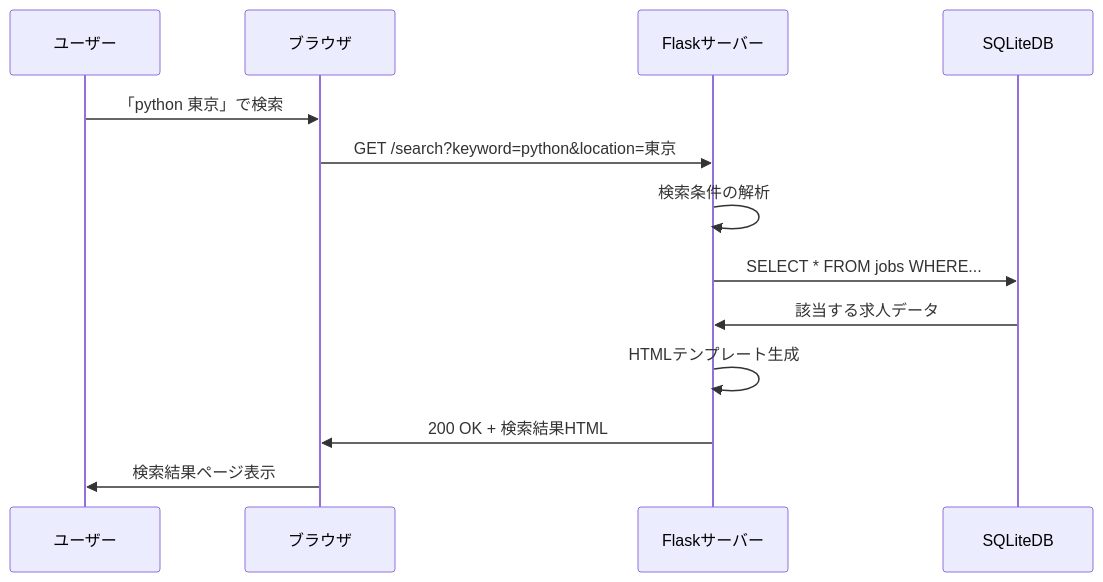
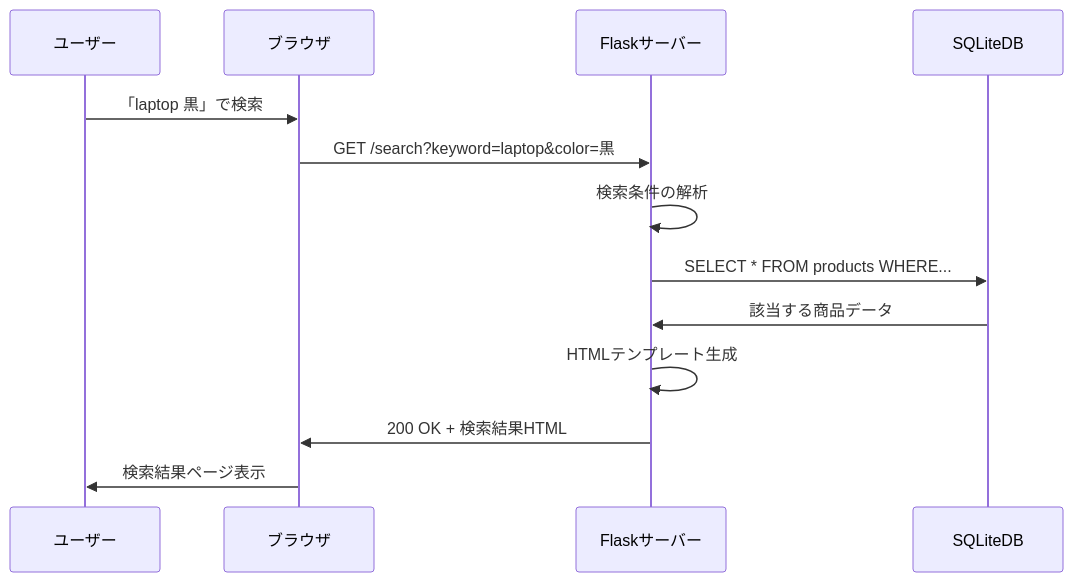
The fourth of 6 diagrams in docs/02_Web基礎理解/02_必須_クライアントサーバーモデル.md (Monzi-takuya/web-fundamentals-for-non-engineers), drawn with Mermaid before and after one commit. The commit also changed other lines of this file and 4 other files, not shown here.

````diff
--- a/docs/02_Web基礎理解/02_必須_クライアントサーバーモデル.md
+++ b/docs/02_Web基礎理解/02_必須_クライアントサーバーモデル.md
@@ -252,16 +252,16 @@
 ```mermaid
 sequenceDiagram
     participant U as ユーザー
     participant B as ブラウザ
     participant S as Flaskサーバー
     participant D as SQLiteDB
     
-    U->>B: 「python 東京」で検索
-    B->>S: GET /search?keyword=python&location=東京
+    U->>B: 「laptop 黒」で検索
+    B->>S: GET /search?keyword=laptop&color=黒
     S->>S: 検索条件の解析
-    S->>D: SELECT * FROM jobs WHERE...
-    D->>S: 該当する求人データ
+    S->>D: SELECT * FROM products WHERE...
+    D->>S: 該当する商品データ
     S->>S: HTMLテンプレート生成
     S->>B: 200 OK + 検索結果HTML
     B->>U: 検索結果ページ表示
 ```
````
